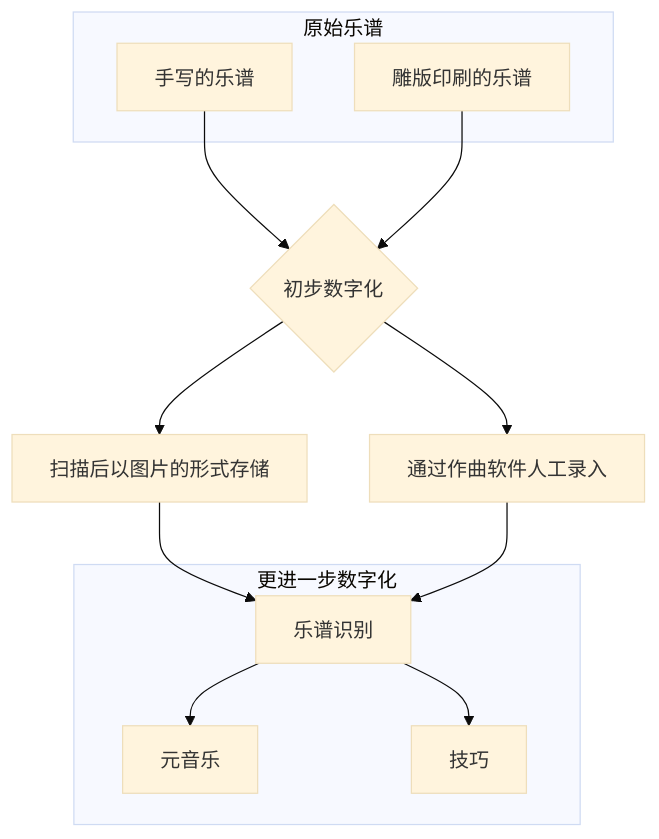
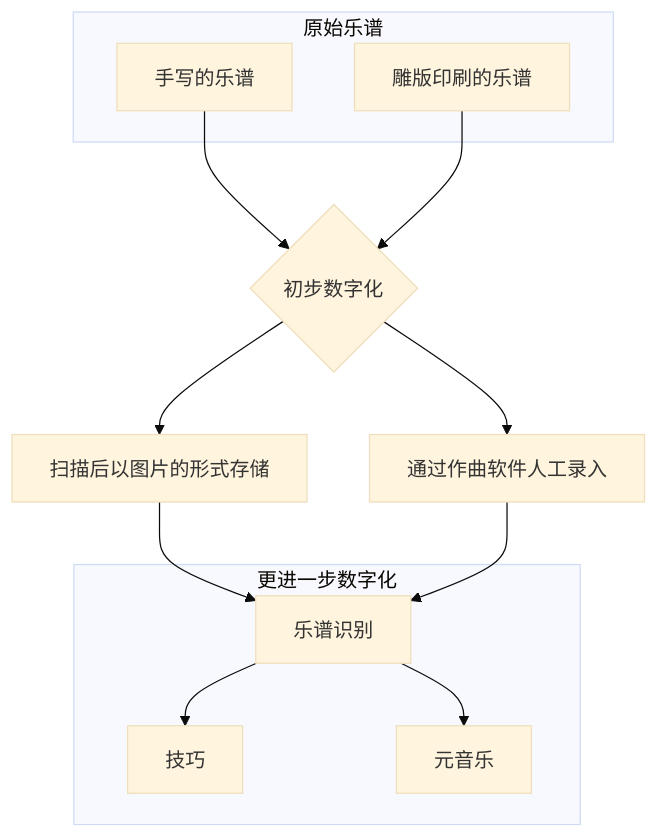
Before and after one commit to PabulumExpress/music-notation-specification: the first of 2 diagrams in README.md, drawn with Mermaid (base theme). The commit also changed other lines of this file and 14 other files, not shown here.

````diff
--- a/README.md
+++ b/README.md
@@ -12,18 +11,18 @@
 ```mermaid
 graph TD;
   subgraph 原始乐谱
     B[手写的乐谱]
     C[雕版印刷的乐谱]
   end
   B-->D{初步数字化}
   C-->D
   D-->E[扫描后以图片的形式存储]
   D-->F[通过作曲软件人工录入]
   subgraph 更进一步数字化
     G[乐谱识别]
-    G-->H[元音乐]
-    G-->I[技巧]
+    G-->H[技巧]
+    G-->I[元音乐]
   end
   E-->G
   F-->G
 ```
````
